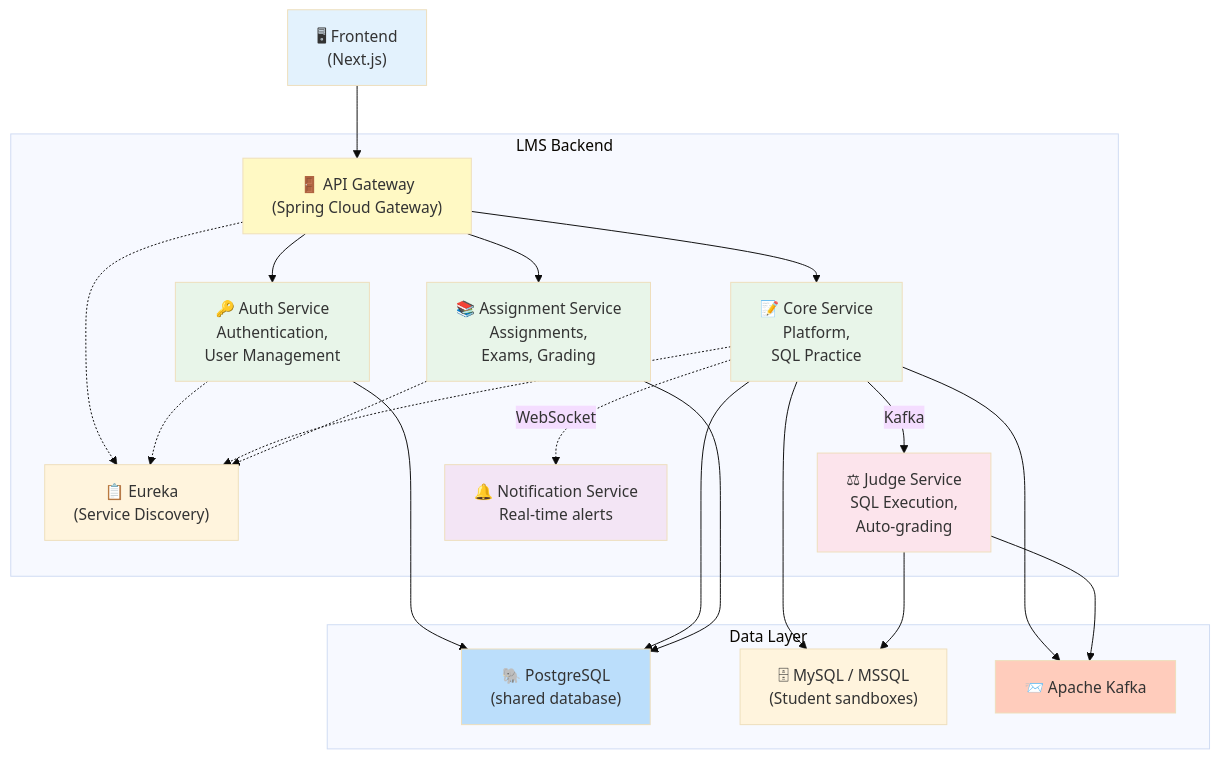
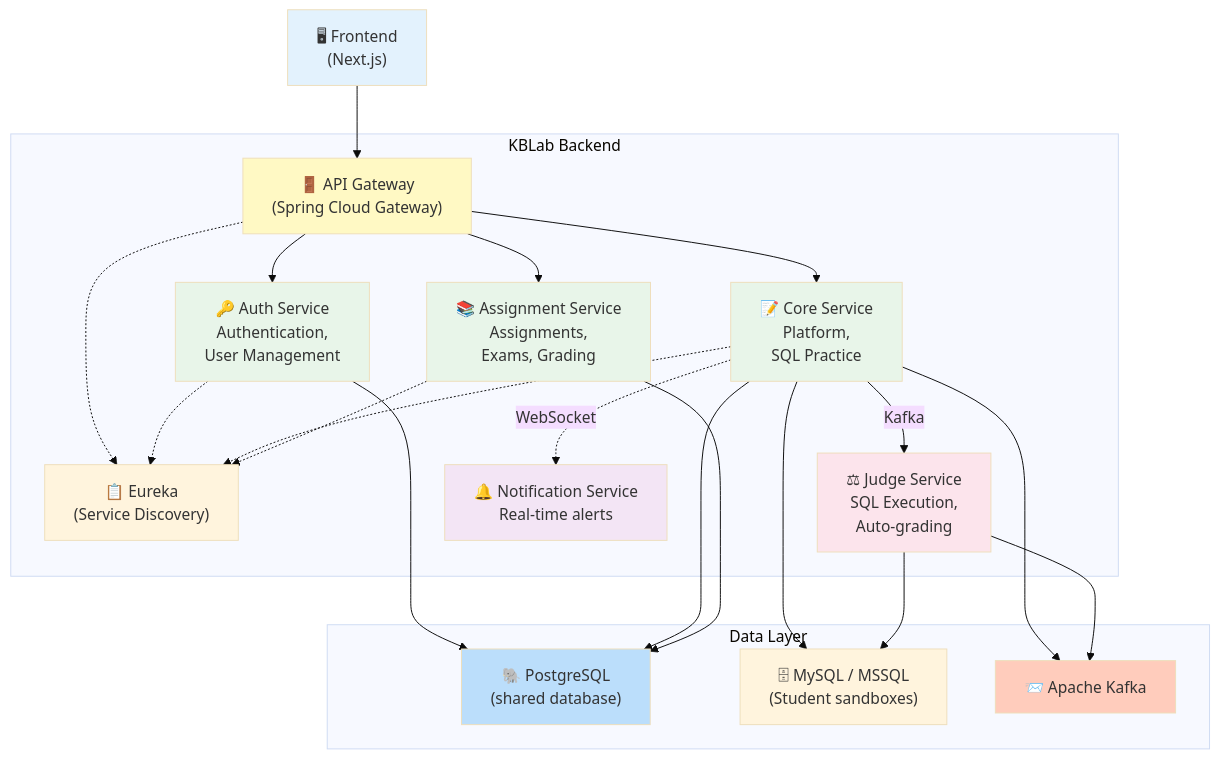
One commit to hungdn1701/ptit-microservice-textbook changed the eighth of 8 diagrams in manuscript/chapter-01.md. Above: the diagram before and after it, drawn with Mermaid (base theme). The commit also changed other lines of this file and 21 other files, not shown here.

````diff
--- a/manuscript/chapter-01.md
+++ b/manuscript/chapter-01.md
@@ -495,45 +528,45 @@
 ```mermaid
 graph TB
     Client["🖥 Frontend<br/>(Next.js)"] --> GW
     
-    subgraph Cloud["LMS Backend"]
+    subgraph Cloud["KBLab Backend"]
         GW["🚪 API Gateway<br/>(Spring Cloud Gateway)"]
         EUR["📋 Eureka<br/>(Service Discovery)"]
         
         GW --> AUTH["🔑 Auth Service<br/>Authentication,<br/>User Management"]
         GW --> APP["📝 Core Service<br/>Platform,<br/>SQL Practice"]
         GW --> ASN["📚 Assignment Service<br/>Assignments,<br/>Exams, Grading"]
         
         APP -->|"Kafka"| JUDGE["⚖ Judge Service<br/>SQL Execution,<br/>Auto-grading"]
         APP -.->|"WebSocket"| NOTIF["🔔 Notification Service<br/>Real-time alerts"]
         
         GW -.-> EUR
         AUTH -.-> EUR
         APP -.-> EUR
         ASN -.-> EUR
     end
     
     subgraph Data["Data Layer"]
         PG["🐘 PostgreSQL<br/>(shared database)"]
         SANDBOX["🗄 MySQL / MSSQL<br/>(Student sandboxes)"]
         KAFKA["📨 Apache Kafka"]
     end
     
     AUTH --> PG
     APP --> PG
     ASN --> PG
     APP --> SANDBOX
     JUDGE --> SANDBOX
     APP --> KAFKA
     JUDGE --> KAFKA
     
     style Client fill:#E3F2FD
     style GW fill:#FFF9C4
     style AUTH fill:#E8F5E9
     style APP fill:#E8F5E9
     style ASN fill:#E8F5E9
     style JUDGE fill:#FCE4EC
     style NOTIF fill:#F3E5F5
     style PG fill:#BBDEFB
     style KAFKA fill:#FFCCBC
 ```
````
